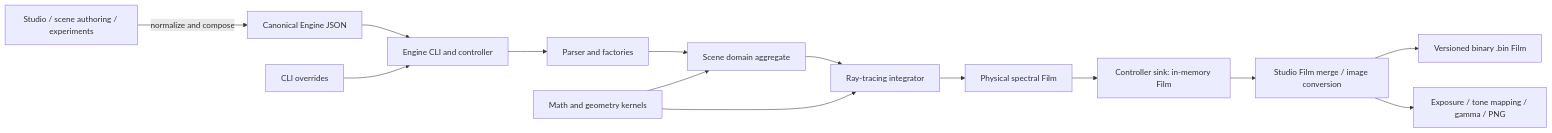
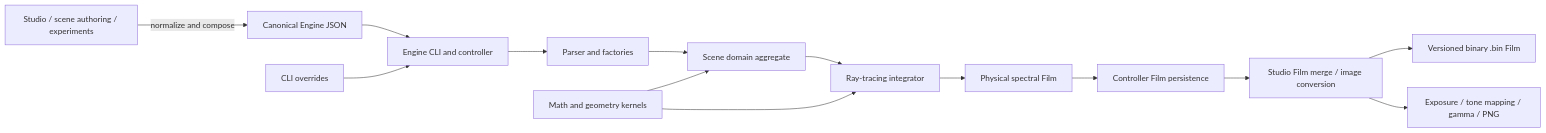
The first of 3 diagrams in docs/engine-system-architecture-and-rendering-pipeline.md (Algo2147483647/Ray), drawn with Mermaid before and after one commit. The commit also changed other lines of this file and 2 other files, not shown here.

````diff
--- a/docs/engine-system-architecture-and-rendering-pipeline.md
+++ b/docs/engine-system-architecture-and-rendering-pipeline.md
@@ -24,17 +24,17 @@
 ```mermaid
 flowchart LR
     A["Studio / scene authoring / experiments"] -->|"normalize and compose"| B["Canonical Engine JSON"]
     B --> C["Engine CLI and controller"]
     C --> D["Parser and factories"]
     D --> E["Scene domain aggregate"]
     E --> F["Ray-tracing integrator"]
     F --> G["Physical spectral Film"]
-    G --> H["Controller sink: in-memory Film"]
+    G --> H["Controller Film persistence"]
     H --> I["Studio Film merge / image conversion"]
     I --> K["Versioned binary .bin Film"]
     I --> J["Exposure / tone mapping / gamma / PNG"]
 
     L["CLI overrides"] --> C
     M["Math and geometry kernels"] --> E
     M --> F
 ```
````
